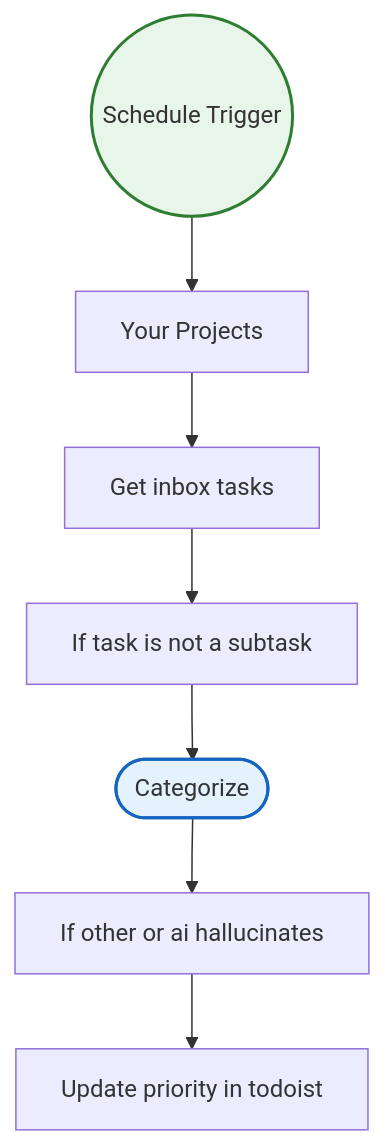
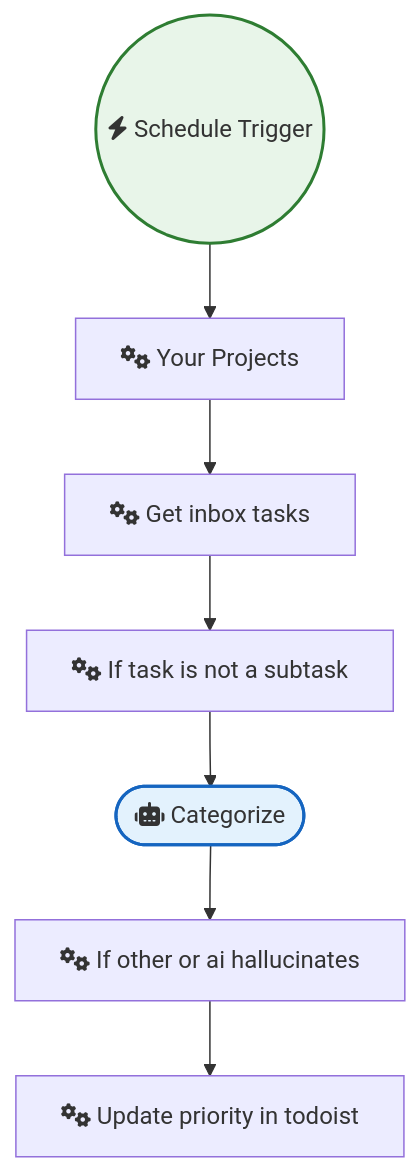
One commit to sreyash3105/N8N-DEMO-AUTOMATIONS changed the diagram in Other_Integrations_and_Use_Cases/Use AI to organize your Todoist Inbox.md. Above: the diagram before and after it, drawn with Mermaid. The commit also changed 291 other files, not shown here.

````diff
--- a/Other_Integrations_and_Use_Cases/Use AI to organize your Todoist Inbox.md
+++ b/Other_Integrations_and_Use_Cases/Use AI to organize your Todoist Inbox.md
@@ -1,21 +1,21 @@
 ```mermaid
 graph TD
     classDef trigger fill:#e8f5e9,stroke:#2e7d32,stroke-width:2px;
     classDef ai fill:#e3f2fd,stroke:#1565c0,stroke-width:2px;
     classDef logic fill:#fff3e0,stroke:#ef6c00,stroke-width:2px;
 
-    Update_priority_in_todoist["Update priority in todoist"]
-    Schedule_Trigger(("Schedule Trigger")):::trigger
-    Get_inbox_tasks["Get inbox tasks"]
-    Your_Projects["Your Projects"]
-    Categorize(["Categorize"]):::ai
-    If_task_is_not_a_subtask["If task is not a subtask"]
-    If_other_or_ai_hallucinates["If other or ai hallucinates"]
+    Update_priority_in_todoist["fas:fa-cogs Update priority in todoist"]
+    Schedule_Trigger(("fas:fa-bolt Schedule Trigger")):::trigger
+    Get_inbox_tasks["fas:fa-cogs Get inbox tasks"]
+    Your_Projects["fas:fa-cogs Your Projects"]
+    Categorize(["fas:fa-robot Categorize"]):::ai
+    If_task_is_not_a_subtask["fas:fa-cogs If task is not a subtask"]
+    If_other_or_ai_hallucinates["fas:fa-cogs If other or ai hallucinates"]
 
     Categorize --> If_other_or_ai_hallucinates
     Your_Projects --> Get_inbox_tasks
     Get_inbox_tasks --> If_task_is_not_a_subtask
     Schedule_Trigger --> Your_Projects
     If_task_is_not_a_subtask --> Categorize
     If_other_or_ai_hallucinates --> Update_priority_in_todoist
 ```
````
